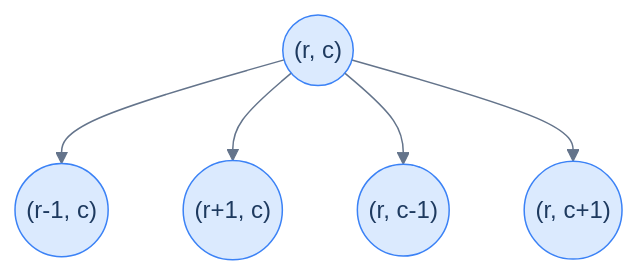
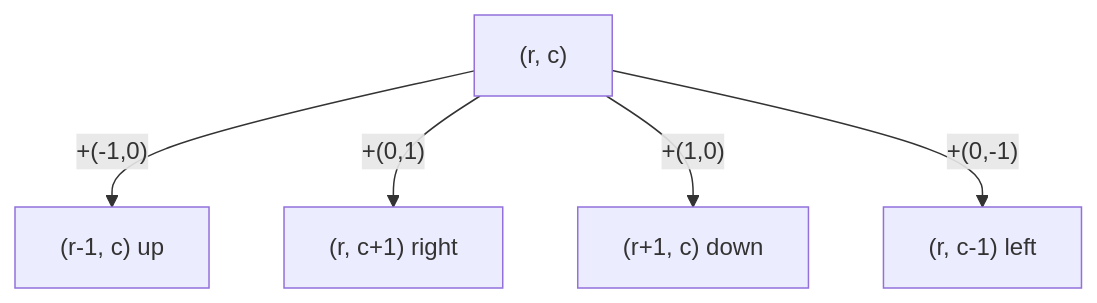
The diagram in content/cortex/data-structures-and-algorithms/04-graphs/05-traversing-a-grid.md (ani2fun/codefolio), drawn with Mermaid before and after one commit. The commit also changed other lines of this file and 1049 other files, not shown here.

````diff
--- a/content/cortex/data-structures-and-algorithms/04-graphs/05-traversing-a-grid.md
+++ b/content/cortex/data-structures-and-algorithms/04-graphs/05-traversing-a-grid.md
@@ -70,18 +58,7 @@
 ```mermaid
----
-config:
-  theme: base
-  themeVariables:
-    primaryColor: "#dbeafe"
-    primaryBorderColor: "#3b82f6"
-    primaryTextColor: "#1e3a5f"
-    lineColor: "#64748b"
-    secondaryColor: "#ede9fe"
-    tertiaryColor: "#fef9c3"
----
 flowchart TB
-    Center(("(r, c)")) --> Up(("(r-1, c)"))
-    Center --> Down(("(r+1, c)"))
-    Center --> Left(("(r, c-1)"))
-    Center --> Right(("(r, c+1)"))
+    C["(r, c)"] -->|"+(-1,0)"| U["(r-1, c) up"]
+    C -->|"+(0,1)"| R["(r, c+1) right"]
+    C -->|"+(1,0)"| D["(r+1, c) down"]
+    C -->|"+(0,-1)"| L["(r, c-1) left"]
 ```
````
